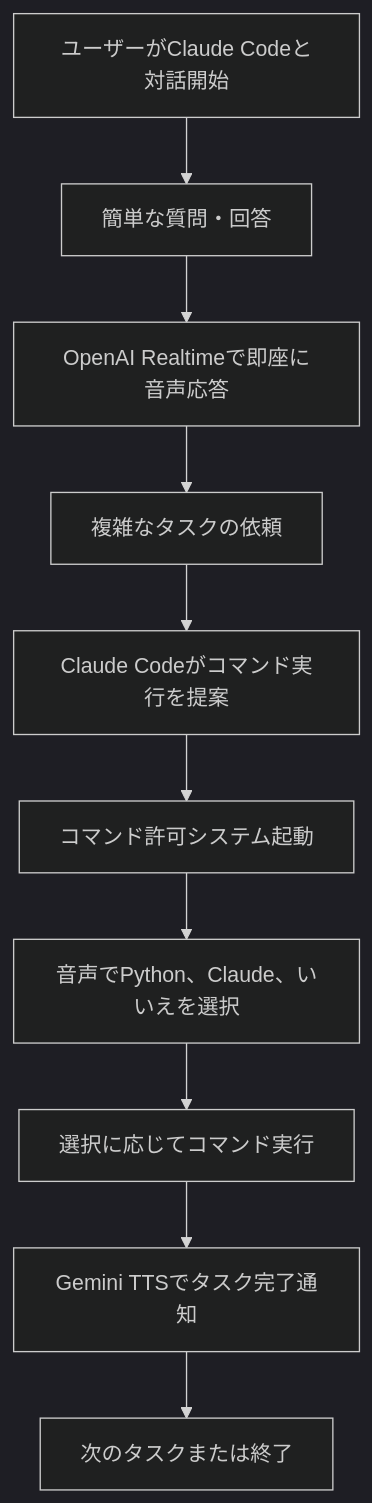
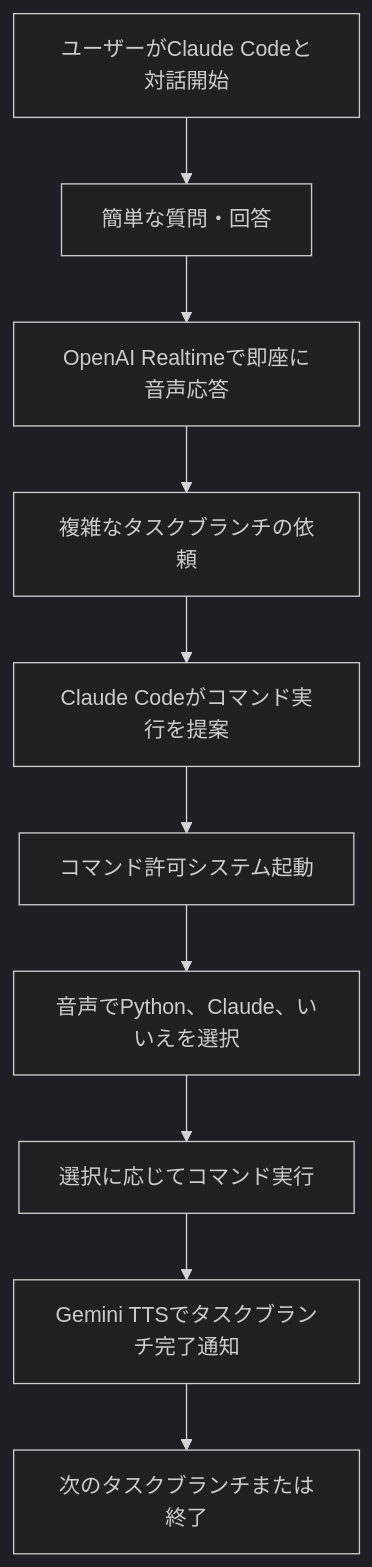
One commit to ganpare/haconiwa changed the diagram in voice-systems/README.ja.md. Above: the diagram before and after it, drawn with Mermaid (dark theme). The commit also changed other lines of this file and 50 other files, not shown here.

````diff
--- a/voice-systems/README.ja.md
+++ b/voice-systems/README.ja.md
@@ -16,12 +16,12 @@
 ```mermaid
 graph TD
     A[ユーザーがClaude Codeと対話開始] --> B[簡単な質問・回答]
     B --> C[OpenAI Realtimeで即座に音声応答]
-    C --> D[複雑なタスクの依頼]
+    C --> D[複雑なタスクブランチの依頼]
     D --> E[Claude Codeがコマンド実行を提案]
     E --> F[コマンド許可システム起動]
     F --> G[音声でPython、Claude、いいえを選択]
     G --> H[選択に応じてコマンド実行]
-    H --> I[Gemini TTSでタスク完了通知]
-    I --> J[次のタスクまたは終了]
+    H --> I[Gemini TTSでタスクブランチ完了通知]
+    I --> J[次のタスクブランチまたは終了]
 ```
````
